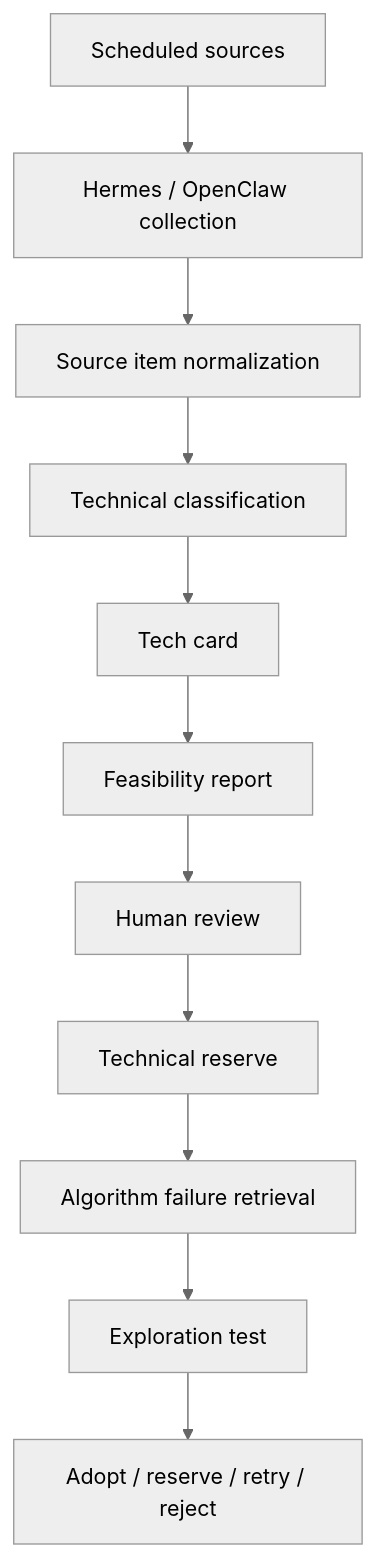
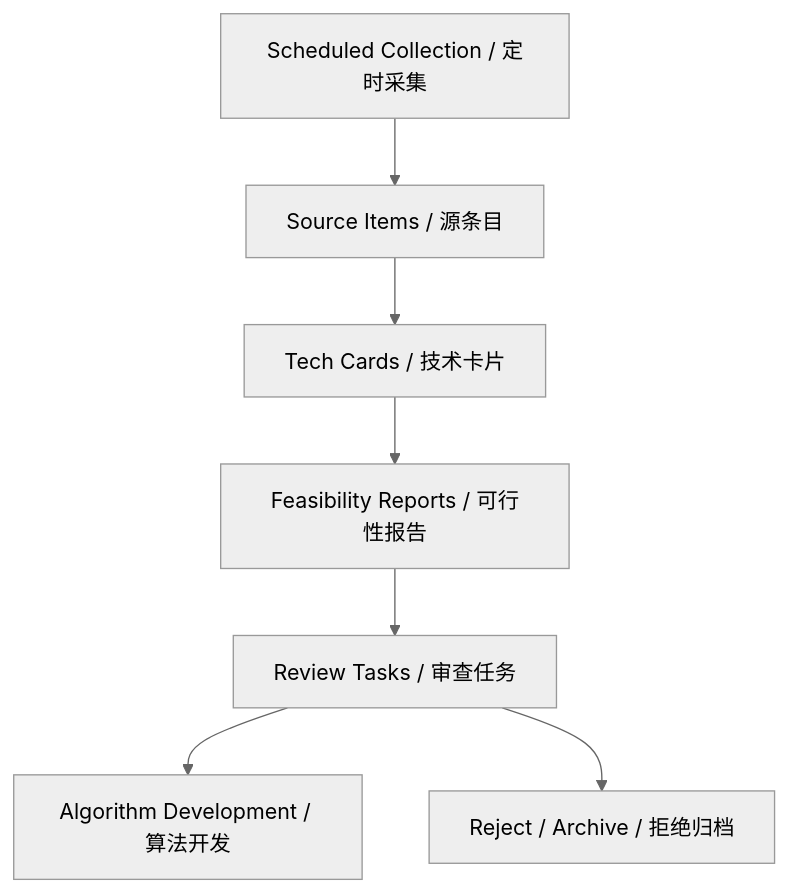
Before and after one commit to Chouner/domain-ai-portfolio: the diagram in projects/10-enterprise-ai-tech-radar/README.md, drawn with Mermaid (neutral theme). The commit also changed other lines of this file and 18 other files, not shown here.

First line of the commit message:
Enhance portfolio: bilingual STAR rewrites + methodology + architecture diagrams

````diff
--- a/projects/10-enterprise-ai-tech-radar/README.md
+++ b/projects/10-enterprise-ai-tech-radar/README.md
@@ -13,13 +67,16 @@
 ```mermaid
 flowchart TD
-    A["Scheduled sources"] --> B["Hermes / OpenClaw collection"]
-    B --> C["Source item normalization"]
-    C --> D["Technical classification"]
-    D --> E["Tech card"]
-    E --> F["Feasibility report"]
-    F --> G["Human review"]
-    G --> H["Technical reserve"]
-    H --> I["Algorithm failure retrieval"]
-    I --> J["Exploration test"]
-    J --> K["Adopt / reserve / retry / reject"]
+    A["Scheduled Collection / 定时采集"]
+    B["Source Items / 源条目"]
+    C["Tech Cards / 技术卡片"]
+    D["Feasibility Reports / 可行性报告"]
+    E["Review Tasks / 审查任务"]
+    F["Algorithm Development / 算法开发"]
+    G["Reject / Archive / 拒绝归档"]
+    A --> B
+    B --> C
+    C --> D
+    D --> E
+    E --> F
+    E --> G
 ```
````
